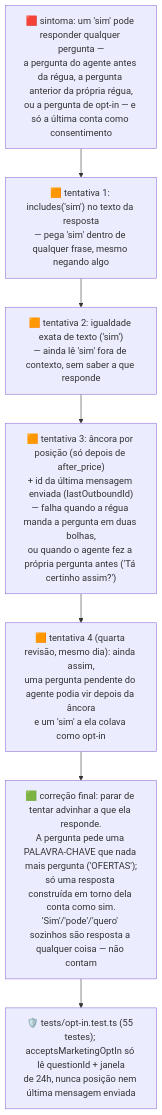
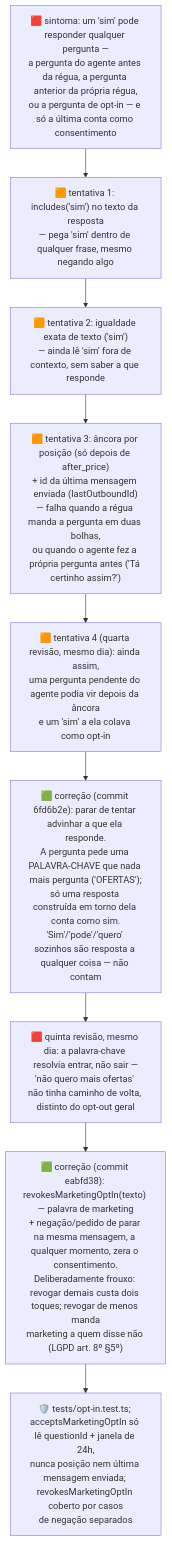
Before and after one commit to rodrigovaroto-wq/Ricos-com-AI: diagram 16 of 17 in docs/documentacao/decisoes/04-grafo-de-decisoes.md, drawn with Mermaid. The commit also changed other lines of this file and 3 other files, not shown here.

First line of the commit message:
docs: HANDOFF top section, decisions R15.1–R15.2, graph §23–§26, opt-in memo matches the keyword design

````diff
--- a/docs/documentacao/decisoes/04-grafo-de-decisoes.md
+++ b/docs/documentacao/decisoes/04-grafo-de-decisoes.md
@@ -264,11 +264,13 @@
 ```mermaid
 flowchart TD
   S["🟥 sintoma: um 'sim' pode responder qualquer pergunta —<br/>a pergunta do agente antes da régua, a pergunta anterior da própria régua,<br/>ou a pergunta de opt-in — e só a última conta como consentimento"]
   F1["🟧 tentativa 1: includes('sim') no texto da resposta<br/>— pega 'sim' dentro de qualquer frase, mesmo negando algo"]
   F2["🟧 tentativa 2: igualdade exata de texto ('sim')<br/>— ainda lê 'sim' fora de contexto, sem saber a que responde"]
   F3["🟧 tentativa 3: âncora por posição (só depois de after_price)<br/>+ id da última mensagem enviada (lastOutboundId)<br/>— falha quando a régua manda a pergunta em duas bolhas,<br/>ou quando o agente fez a própria pergunta antes ('Tá certinho assim?')"]
   F4["🟧 tentativa 4 (quarta revisão, mesmo dia): ainda assim,<br/>uma pergunta pendente do agente podia vir depois da âncora<br/>e um 'sim' a ela colava como opt-in"]
-  R["🟩 correção final: parar de tentar advinhar a que ela responde.<br/>A pergunta pede uma PALAVRA-CHAVE que nada mais pergunta ('OFERTAS');<br/>só uma resposta construída em torno dela conta como sim.<br/>'Sim'/'pode'/'quero' sozinhos são resposta a qualquer coisa — não contam"]
-  G["🛡️ tests/opt-in.test.ts (55 testes); acceptsMarketingOptIn só lê questionId + janela<br/>de 24h, nunca posição nem última mensagem enviada"]
-  S --> F1 --> F2 --> F3 --> F4 --> R --> G
+  R["🟩 correção (commit 6fd6b2e): parar de tentar advinhar a que ela responde.<br/>A pergunta pede uma PALAVRA-CHAVE que nada mais pergunta ('OFERTAS');<br/>só uma resposta construída em torno dela conta como sim.<br/>'Sim'/'pode'/'quero' sozinhos são resposta a qualquer coisa — não contam"]
+  F5["🟥 quinta revisão, mesmo dia: a palavra-chave resolvia entrar, não sair —<br/>'não quero mais ofertas' não tinha caminho de volta, distinto do opt-out geral"]
+  R2["🟩 correção (commit eabfd38): revokesMarketingOptIn(texto) — palavra de marketing<br/>+ negação/pedido de parar na mesma mensagem, a qualquer momento, zera o consentimento.<br/>Deliberadamente frouxo: revogar demais custa dois toques; revogar de menos manda<br/>marketing a quem disse não (LGPD art. 8º §5º)"]
+  G["🛡️ tests/opt-in.test.ts; acceptsMarketingOptIn só lê questionId + janela de 24h,<br/>nunca posição nem última mensagem enviada; revokesMarketingOptIn coberto por casos<br/>de negação separados"]
+  S --> F1 --> F2 --> F3 --> F4 --> R --> F5 --> R2 --> G
 ```
````
